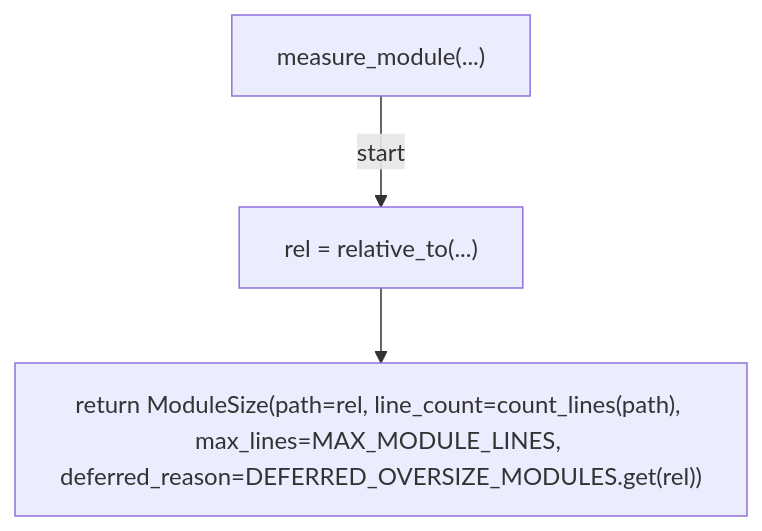
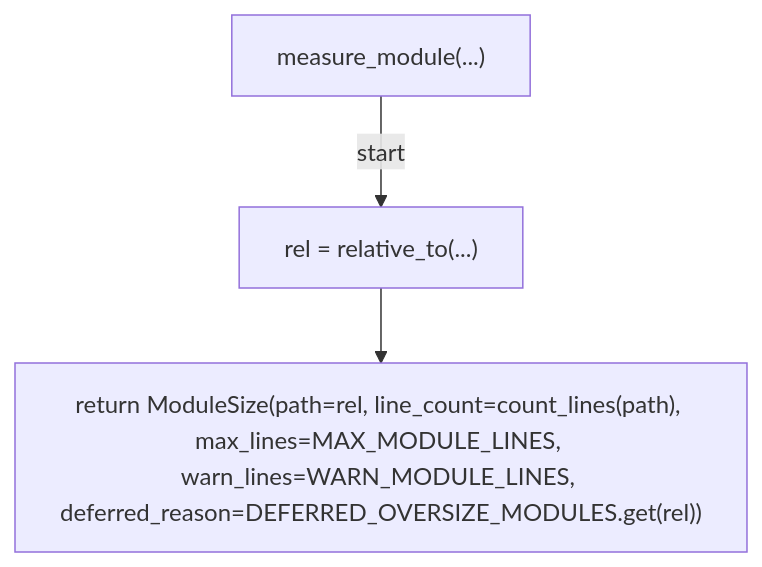
One commit to tvna/claude-md changed the second of 7 diagrams in docs/generated/scripts/ast/scan_maintainability_metrics.md. Above: the diagram before and after it, drawn with Mermaid. The commit also changed other lines of this file, not shown here.

First line of the commit message:
docs(generated): regenerate decision tree and workflow diagrams

````diff
--- a/docs/generated/scripts/ast/scan_maintainability_metrics.md
+++ b/docs/generated/scripts/ast/scan_maintainability_metrics.md
@@ -16,8 +16,8 @@
 ```mermaid
 flowchart TD
     N001["measure_module(...)"]
     N002["rel = relative_to(...)"]
-    N003["return ModuleSize(path=rel, line_count=count_lines(path), max_lines=MAX_MODULE_LINES, deferred_reason=DEFERRED_OVERSIZE_MODULES.get(rel))"]
+    N003["return ModuleSize(path=rel, line_count=count_lines(path), max_lines=MAX_MODULE_LINES, warn_lines=WARN_MODULE_LINES, deferred_reason=DEFERRED_OVERSIZE_MODULES.get(rel))"]
     N001 -->|"start"| N002
     N002 --> N003
 ```
````
